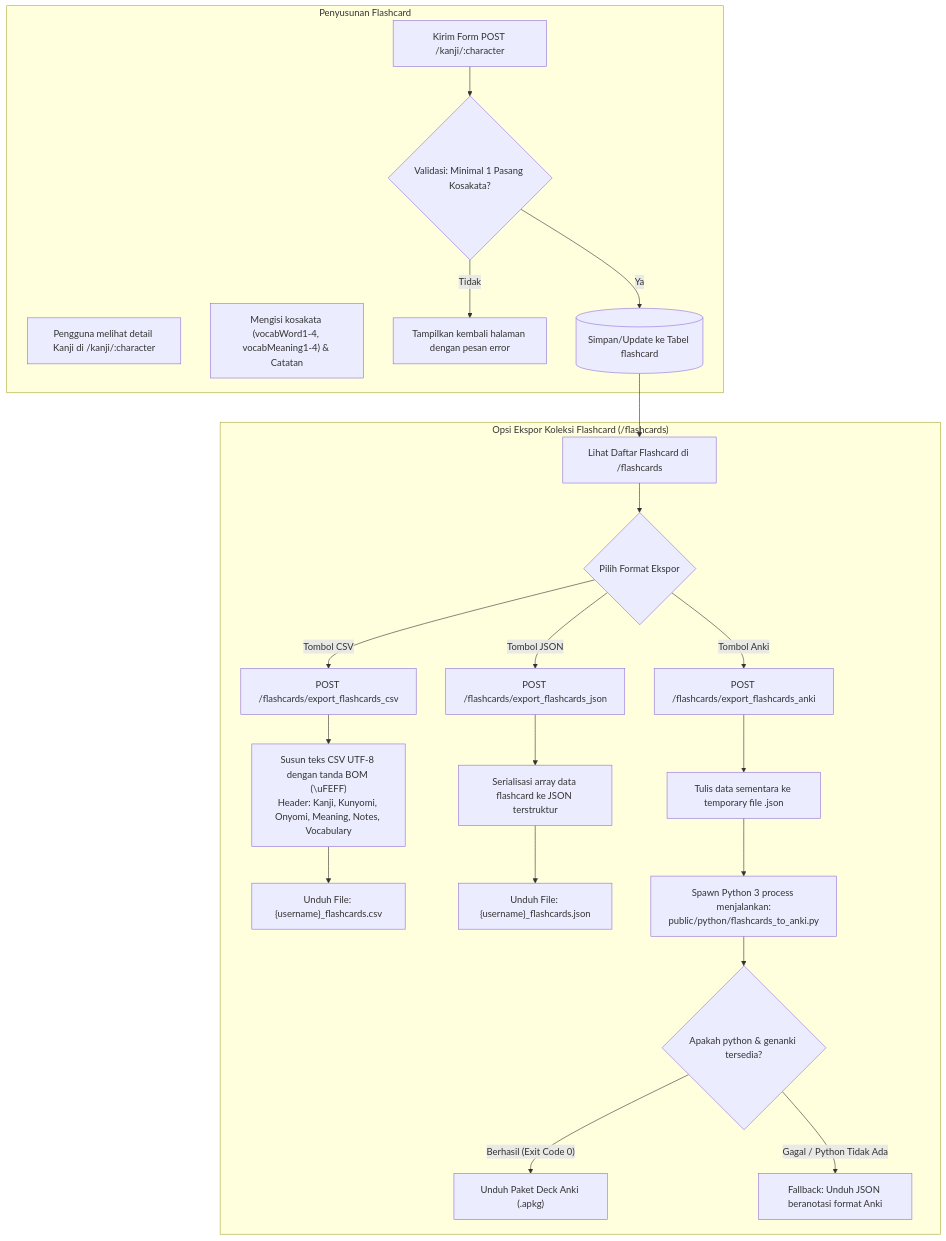
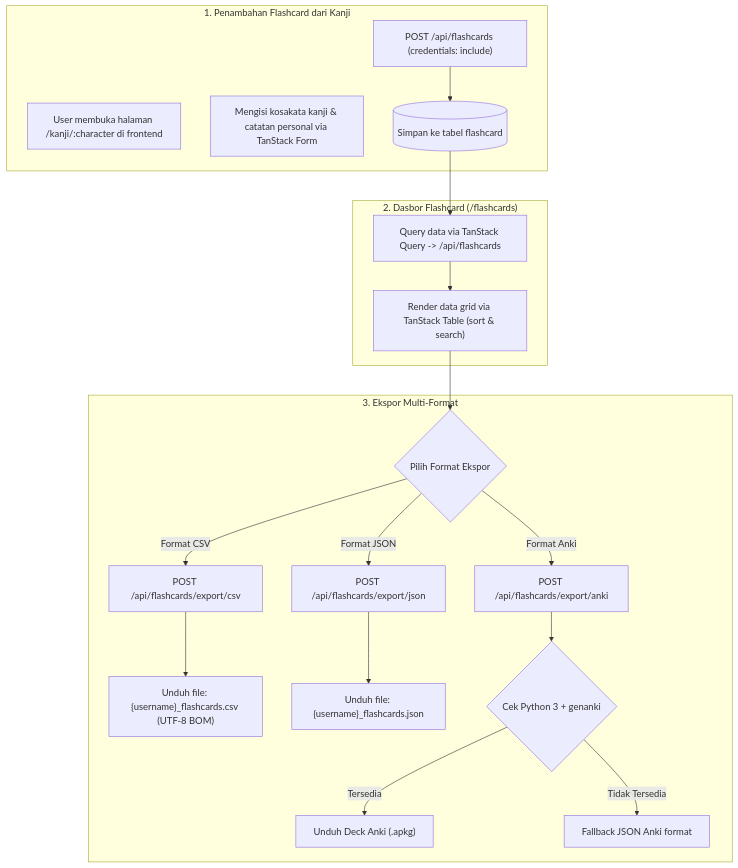
The fourth of 6 diagrams in README.md (minipingu/kitsuno-tapi-nest-js-sqlite), drawn with Mermaid before and after one commit. The commit also changed other lines of this file and 1 other file, not shown here.

````diff
--- a/README.md
+++ b/README.md
@@ -361,31 +328,28 @@
 ```mermaid
 flowchart TD
-    subgraph InputKanji["Penyusunan Flashcard"]
-        BrowseKanji["Pengguna melihat detail Kanji di /kanji/:character"]
-        InputVocab["Mengisi kosakata (vocabWord1-4, vocabMeaning1-4) & Catatan"]
-        SubmitCard["Kirim Form POST /kanji/:character"]
-        SubmitCard --> ValidateVocab{"Validasi: Minimal 1 Pasang Kosakata?"}
-        ValidateVocab -- "Tidak" --> Reject["Tampilkan kembali halaman dengan pesan error"]
-        ValidateVocab -- "Ya" --> SaveDB[("Simpan/Update ke Tabel flashcard")]
+    subgraph TambahFlashcard["1. Penambahan Flashcard dari Kanji"]
+        Detail["User membuka halaman /kanji/:character di frontend"]
+        FormCard["Mengisi kosakata kanji & catatan personal via TanStack Form"]
+        PostCard["POST /api/flashcards (credentials: include)"]
+        PostCard --> SaveDB[("Simpan ke tabel flashcard")]
     end
 
-    subgraph ExportSection["Opsi Ekspor Koleksi Flashcard (/flashcards)"]
-        SaveDB --> ViewCollection["Lihat Daftar Flashcard di /flashcards"]
-        ViewCollection --> ChooseExport{"Pilih Format Ekspor"}
+    subgraph KelolaFlashcard["2. Dasbor Flashcard (/flashcards)"]
+        SaveDB --> FetchCards["Query data via TanStack Query -> /api/flashcards"]
+        FetchCards --> RenderTable["Render data grid via TanStack Table (sort & search)"]
+    end
 
-        ChooseExport -- "Tombol CSV" --> ExportCSV["POST /flashcards/export_flashcards_csv"]
-        ExportCSV --> BuildCSV["Susun teks CSV UTF-8 dengan tanda BOM (\uFEFF)<br>Header: Kanji, Kunyomi, Onyomi, Meaning, Notes, Vocabulary"]
-        BuildCSV --> DownloadCSV["Unduh File: {username}_flashcards.csv"]
+    subgraph EksporData["3. Ekspor Multi-Format"]
+        RenderTable --> ChooseFormat{"Pilih Format Ekspor"}
+        ChooseFormat -- "Format CSV" --> ReqCSV["POST /api/flashcards/export/csv"]
+        ReqCSV --> FileCSV["Unduh file: {username}_flashcards.csv (UTF-8 BOM)"]
 
-        ChooseExport -- "Tombol JSON" --> ExportJSON["POST /flashcards/export_flashcards_json"]
-        ExportJSON --> BuildJSON["Serialisasi array data flashcard ke JSON terstruktur"]
-        BuildJSON --> DownloadJSON["Unduh File: {username}_flashcards.json"]
+        ChooseFormat -- "Format JSON" --> ReqJSON["POST /api/flashcards/export/json"]
+        ReqJSON --> FileJSON["Unduh file: {username}_flashcards.json"]
 
-        ChooseExport -- "Tombol Anki" --> ExportAnki["POST /flashcards/export_flashcards_anki"]
-        ExportAnki --> DumpTemp["Tulis data sementara ke temporary file .json"]
-        DumpTemp --> SpawnPy["Spawn Python 3 process menjalankan:<br>public/python/flashcards_to_anki.py"]
-        SpawnPy --> CheckGenanki{"Apakah python & genanki tersedia?"}
-        CheckGenanki -- "Berhasil (Exit Code 0)" --> DownloadAPKG["Unduh Paket Deck Anki (.apkg)"]
-        CheckGenanki -- "Gagal / Python Tidak Ada" --> FallbackJSON["Fallback: Unduh JSON beranotasi format Anki"]
+        ChooseFormat -- "Format Anki" --> ReqAnki["POST /api/flashcards/export/anki"]
+        ReqAnki --> CheckPy{"Cek Python 3 + genanki"}
+        CheckPy -- "Tersedia" --> FileAnki["Unduh Deck Anki (.apkg)"]
+        CheckPy -- "Tidak Tersedia" --> Fallback["Fallback JSON Anki format"]
     end
 ```
````
